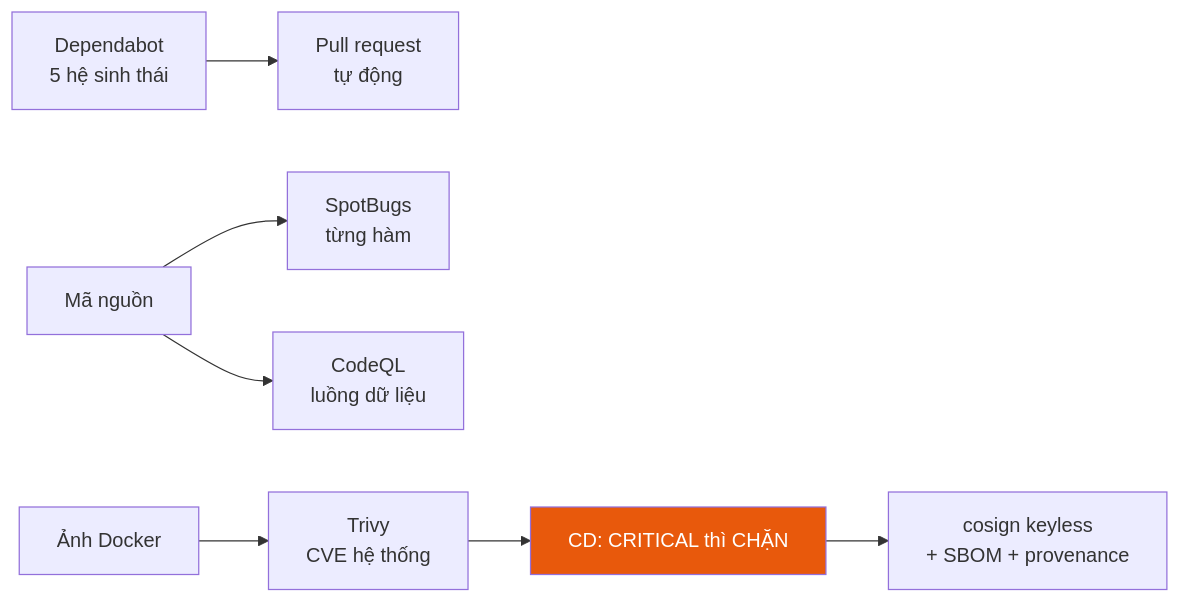
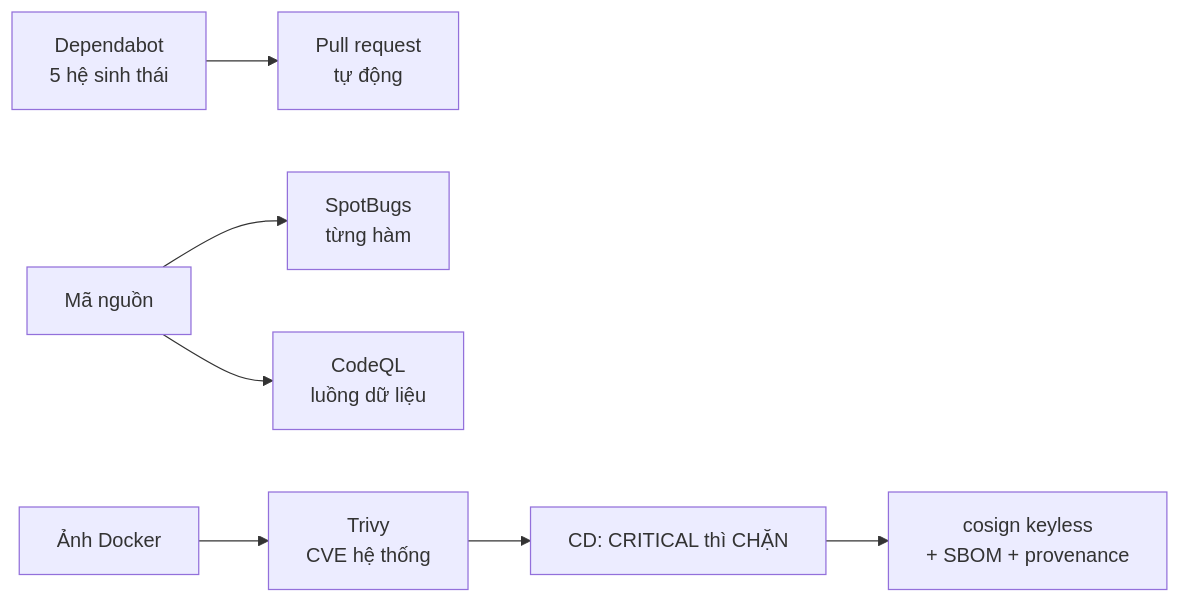
Before and after one commit to KietAnhCS/CocCoc-Plus: the second of 2 diagrams in docs/SECURITY.md, drawn with Mermaid. The commit also changed other lines of this file and 73 other files, not shown here.

First line of the commit message:
docs: fix drift and add diagrams (#22)

````diff
--- a/docs/SECURITY.md
+++ b/docs/SECURITY.md
@@ -498,11 +489,9 @@
 ```mermaid
 flowchart LR
     dep["Dependabot<br/>5 hệ sinh thái"] --> pr["Pull request<br/>tự động"]
     src["Mã nguồn"] --> sb["SpotBugs<br/>từng hàm"]
     src --> cq["CodeQL<br/>luồng dữ liệu"]
     img["Ảnh Docker"] --> tr["Trivy<br/>CVE hệ thống"]
     tr --> cd["CD: CRITICAL thì CHẶN"]
     cd --> sign["cosign keyless<br/>+ SBOM + provenance"]
-
-    style cd fill:#e8590c,color:#fff
 ```
````
